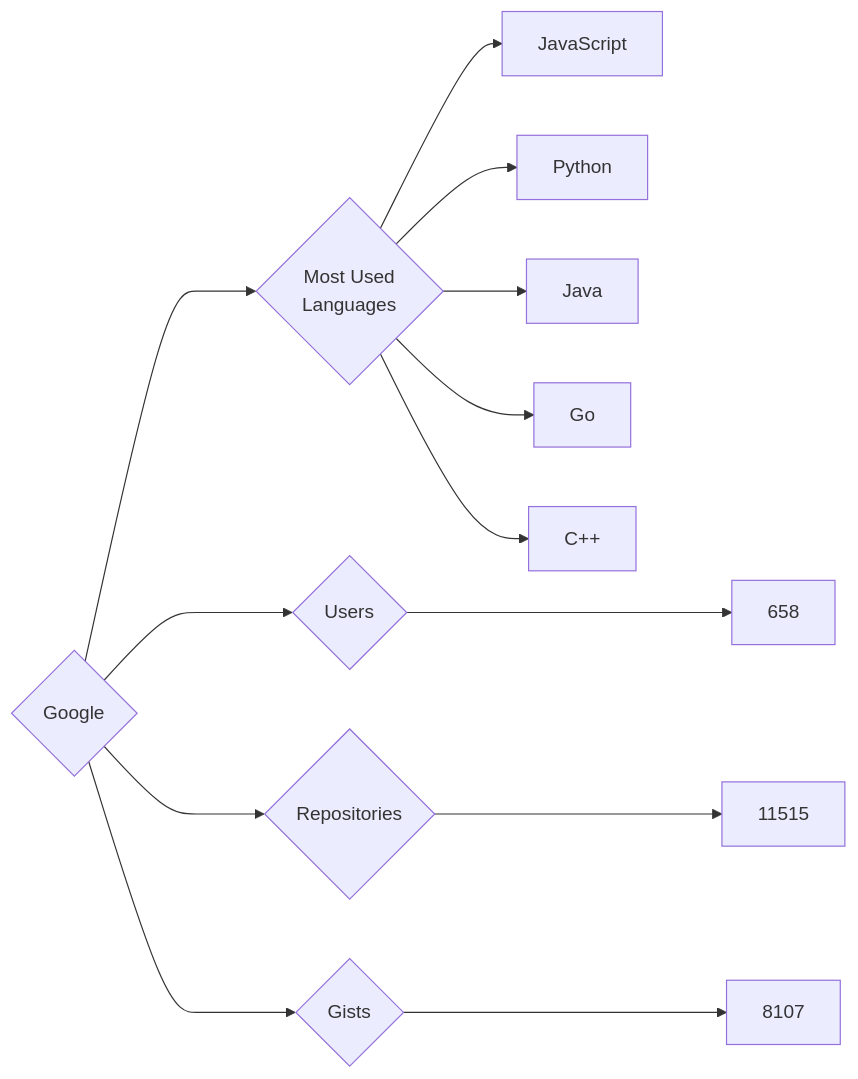
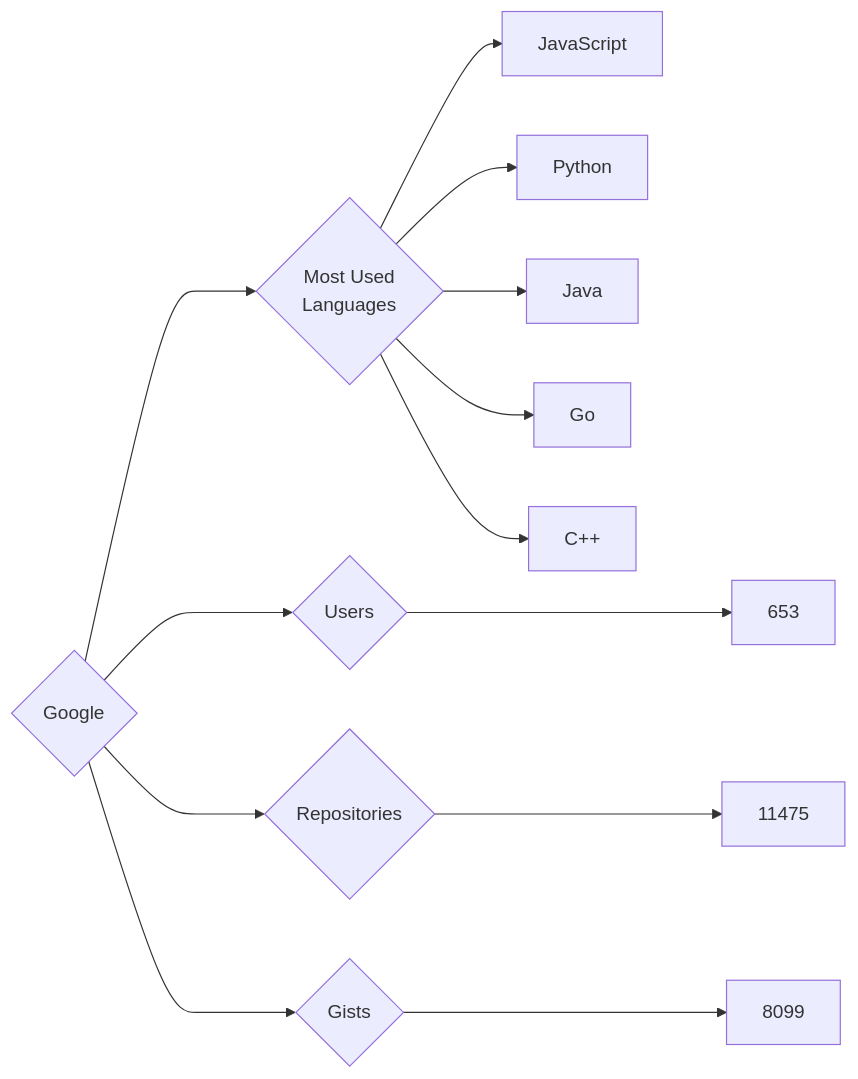
The diagram in targets/Google/README.md (trickest/insiders), drawn with Mermaid before and after one commit. The commit also changed 545 other files, not shown here.

````diff
--- a/targets/Google/README.md
+++ b/targets/Google/README.md
@@ -3,13 +3,13 @@
 ```mermaid
 graph LR
 COMPANY_NAME{Google}
-COMPANY_NAME ---> U{Users} ---> UN[658]
-COMPANY_NAME ---> R{Repositories} ---> RN[11515]
-COMPANY_NAME ---> G{Gists} ---> GN[8107]
+COMPANY_NAME ---> U{Users} ---> UN[653]
+COMPANY_NAME ---> R{Repositories} ---> RN[11475]
+COMPANY_NAME ---> G{Gists} ---> GN[8099]
 COMPANY_NAME ---> ML{Most Used<br>Languages}
 ML --> JavaScript[JavaScript]
 ML --> Python[Python]
 ML --> Java[Java]
 ML --> Go[Go]
 ML --> C++[C++]
 ```
````
